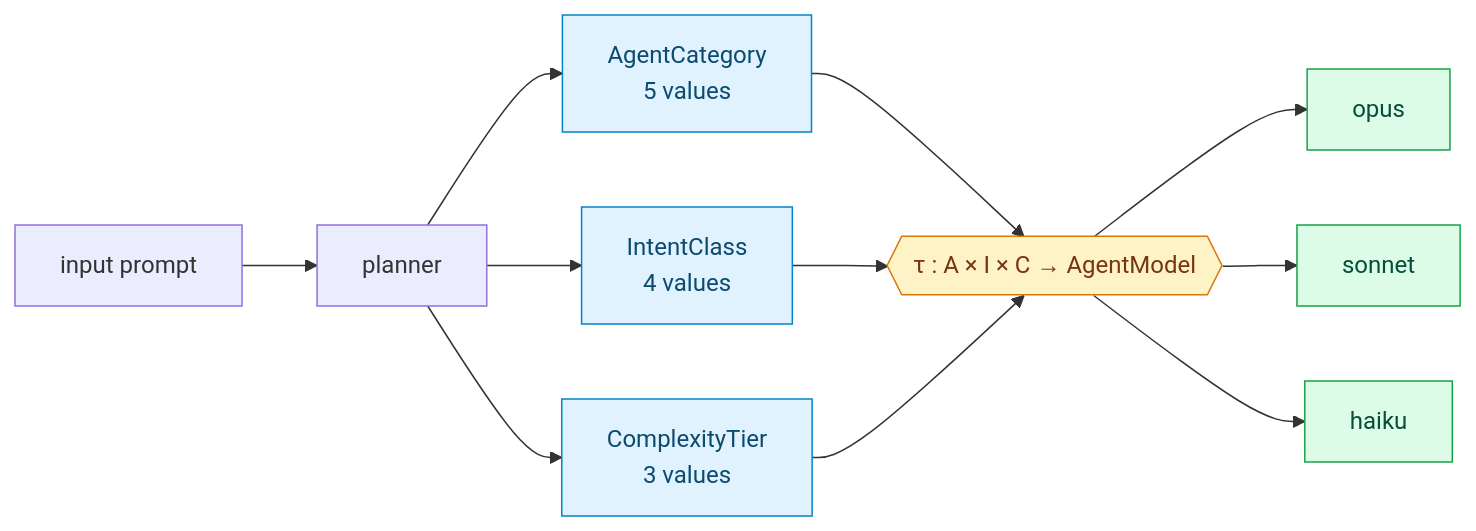
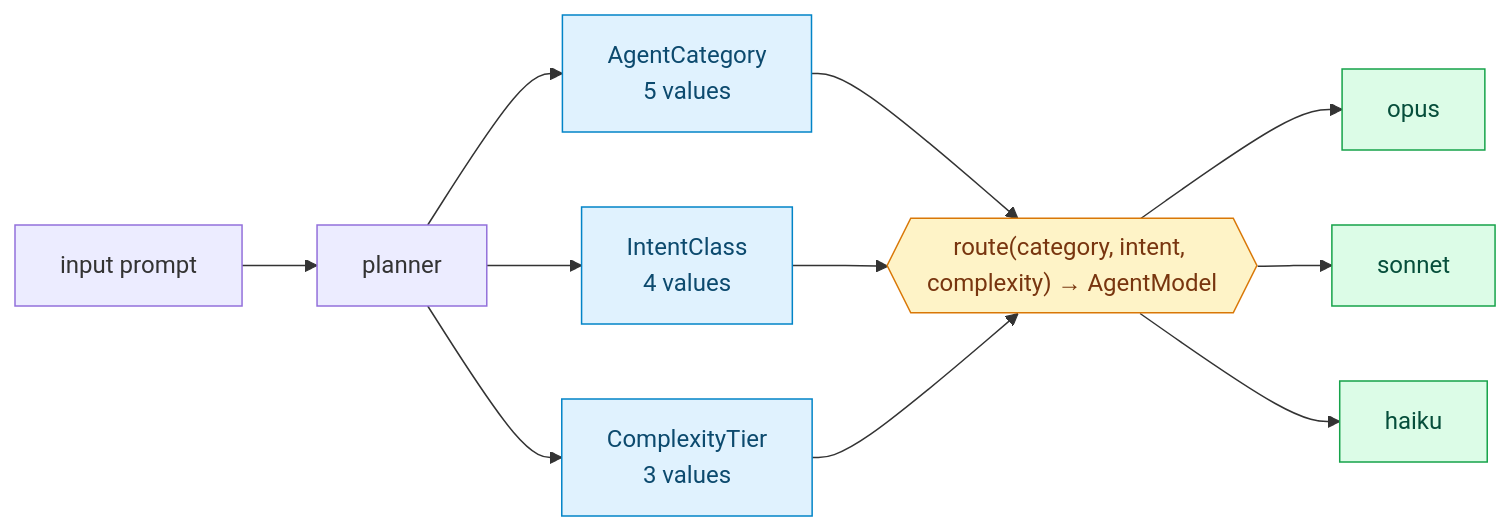
One commit to liitx/claudart changed the third of 5 diagrams in README.md. Above: the diagram before and after it, drawn with Mermaid. The commit also changed other lines of this file, not shown here.

Commit message:
docs: replace τ with route() and add debug to CLI quick-look (#13)

````diff
--- a/README.md
+++ b/README.md
@@ -76,14 +76,14 @@
 ```mermaid
 flowchart LR
   In[input prompt] --> P[planner]
   P --> A[AgentCategory<br/>5 values]:::ax
   P --> I[IntentClass<br/>4 values]:::ax
   P --> C[ComplexityTier<br/>3 values]:::ax
-  A & I & C --> T{{"τ : A × I × C → AgentModel"}}:::fn
+  A & I & C --> T{{"route(category, intent, complexity) → AgentModel"}}:::fn
   T --> Op[opus]:::m
   T --> So[sonnet]:::m
   T --> Hk[haiku]:::m
   classDef ax fill:#e0f2fe,color:#0c4a6e,stroke:#0284c7
   classDef fn fill:#fef3c7,color:#78350f,stroke:#d97706
   classDef m fill:#dcfce7,color:#064e3b,stroke:#16a34a
 ```
````
